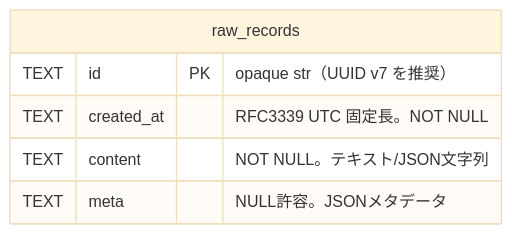
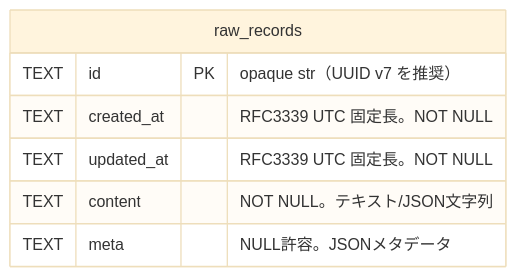
The diagram in docs/design/03_data_model.md (mkXultra/konkondb), drawn with Mermaid (base theme) before and after one commit. The commit also changed other lines of this file and 15 other files, not shown here.

````diff
--- a/docs/design/03_data_model.md
+++ b/docs/design/03_data_model.md
@@ -49,9 +49,10 @@
 ```mermaid
 erDiagram
     raw_records {
         TEXT id PK "opaque str（UUID v7 を推奨）"
         TEXT created_at "RFC3339 UTC 固定長。NOT NULL"
+        TEXT updated_at "RFC3339 UTC 固定長。NOT NULL"
         TEXT content "NOT NULL。テキスト/JSON文字列"
         TEXT meta "NULL許容。JSONメタデータ"
     }
 ```
````
